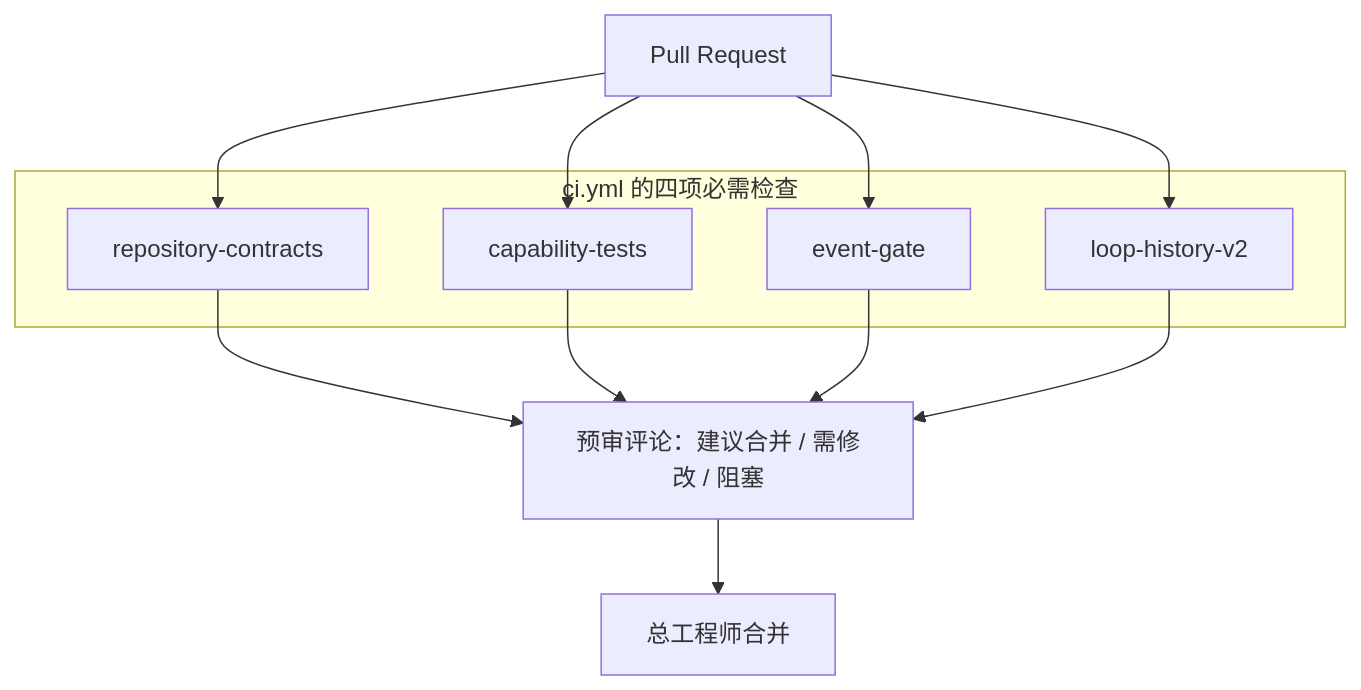
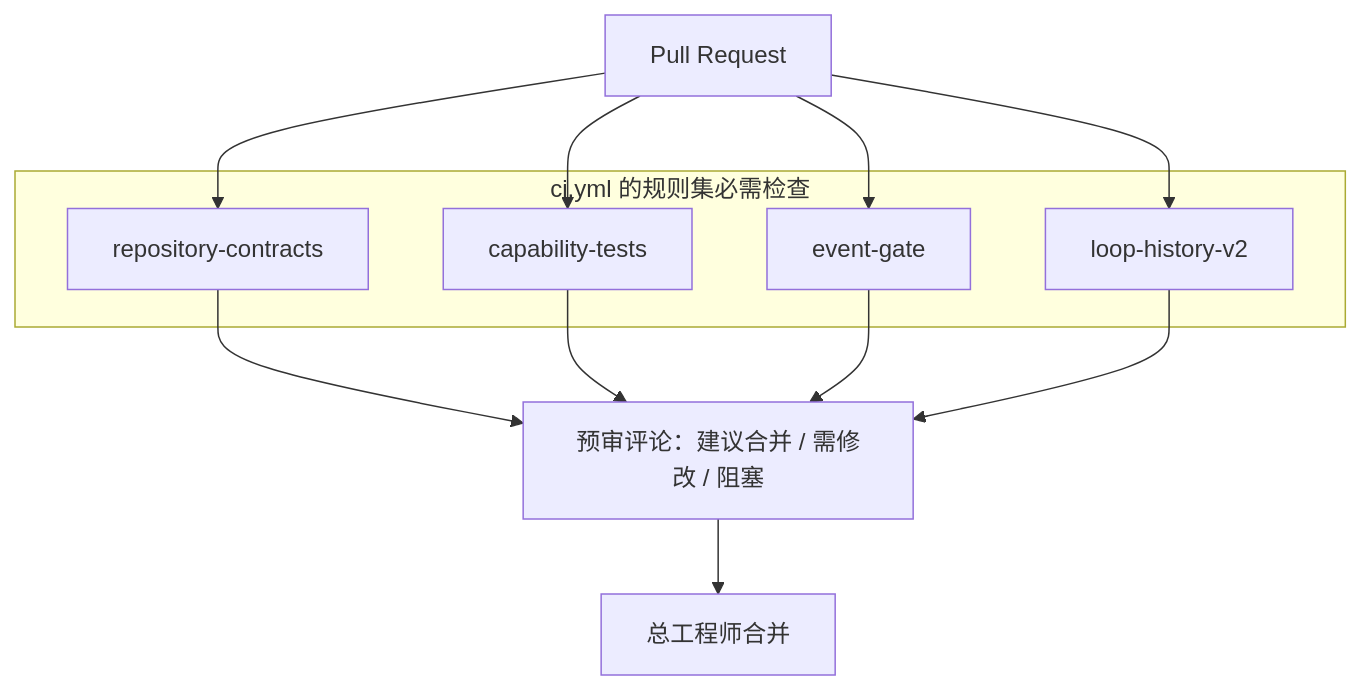
The second of 2 diagrams in README.md (TaiLaiCai/ai-trust-review), drawn with Mermaid before and after one commit. The commit also changed other lines of this file and 4 other files, not shown here.

````diff
--- a/README.md
+++ b/README.md
@@ -66,17 +66,17 @@
 ```mermaid
 flowchart TD
   pr["Pull Request"]
-  subgraph checks ["ci.yml 的四项必需检查"]
+  subgraph checks ["ci.yml 的规则集必需检查"]
     a["repository-contracts"]
     b["capability-tests"]
     c["event-gate"]
     d["loop-history-v2"]
   end
   pre["预审评论：建议合并 / 需修改 / 阻塞"]
   merge["总工程师合并"]
   pr --> a --> pre
   pr --> b --> pre
   pr --> c --> pre
   pr --> d --> pre
   pre --> merge
 ```
````
